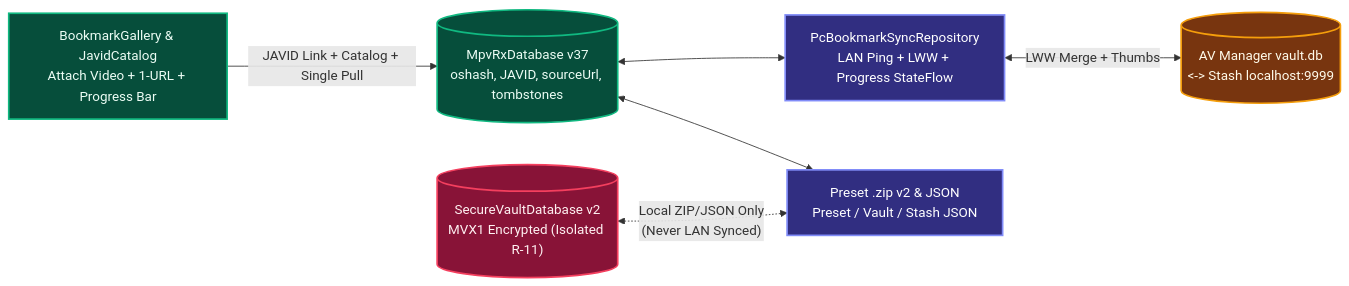
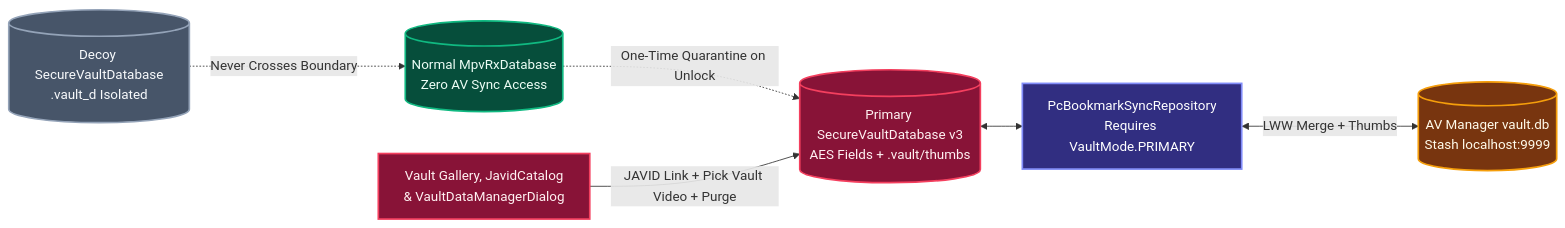
The tenth of 10 diagrams in docs/ARCHITECTURE.md (Mostakim2005/mpvRx), drawn with Mermaid before and after one commit. The commit also changed other lines of this file and 49 other files, not shown here.

Commit message:
feat(vault,ui): isolate AV sync in primary vault, add decoy vault, vault data retention, instant delete, and YouTube portrait split

````diff
--- a/docs/ARCHITECTURE.md
+++ b/docs/ARCHITECTURE.md
@@ -343,19 +365,20 @@
 ```mermaid
 flowchart LR
     classDef publicDb fill:#064e3b,stroke:#10b981,stroke-width:2px,color:#ecfdf5
     classDef secureDb fill:#881337,stroke:#f43f5e,stroke-width:2px,color:#fff1f2
+    classDef decoyDb fill:#475569,stroke:#94a3b8,stroke-width:2px,color:#f8fafc
     classDef syncNode fill:#312e81,stroke:#818cf8,stroke-width:2px,color:#ffffff
     classDef pcHub fill:#78350f,stroke:#f59e0b,stroke-width:2px,color:#fffbeb
 
-    PublicDB[("MpvRxDatabase v37\noshash, JAVID, sourceUrl, tombstones")]:::publicDb
-    SecureDB[("SecureVaultDatabase v2\nMVX1 Encrypted (Isolated R-11)")]:::secureDb
-    PresetV2["Preset .zip v2 & JSON\nPreset / Vault / Stash JSON"]:::syncNode
-    SyncRepo["PcBookmarkSyncRepository\nLAN Ping + LWW + Progress StateFlow"]:::syncNode
-    AvHub[("AV Manager vault.db\n<-> Stash localhost:9999")]:::pcHub
-    OrphanUI["BookmarkGallery & JavidCatalog\nAttach Video + 1-URL + Progress Bar"]:::publicDb
+    PublicDB[("Normal MpvRxDatabase\nZero AV Sync Access")]:::publicDb
+    DecoyDB[("Decoy SecureVaultDatabase\n.vault_d Isolated")]:::decoyDb
+    PrimaryDB[("Primary SecureVaultDatabase v3\nAES Fields + .vault/thumbs")]:::secureDb
+    SyncRepo["PcBookmarkSyncRepository\nRequires VaultMode.PRIMARY"]:::syncNode
+    AvHub[("AV Manager vault.db\nStash localhost:9999")]:::pcHub
+    OrphanUI["Vault Gallery, JavidCatalog\n& VaultDataManagerDialog"]:::secureDb
 
-    PublicDB <--> SyncRepo <-->|LWW Merge + Thumbs| AvHub
-    PublicDB <--> PresetV2
-    SecureDB <-.->|"Local ZIP/JSON Only\n(Never LAN Synced)"| PresetV2
-    OrphanUI -->|JAVID Link + Catalog + Single Pull| PublicDB
+    PublicDB -.->|"One-Time Quarantine on Unlock"| PrimaryDB
+    PrimaryDB <--> SyncRepo <-->|"LWW Merge + Thumbs"| AvHub
+    OrphanUI -->|JAVID Link + Pick Vault Video + Purge| PrimaryDB
+    DecoyDB -.->|"Never Crosses Boundary"| PublicDB
 ```
````
